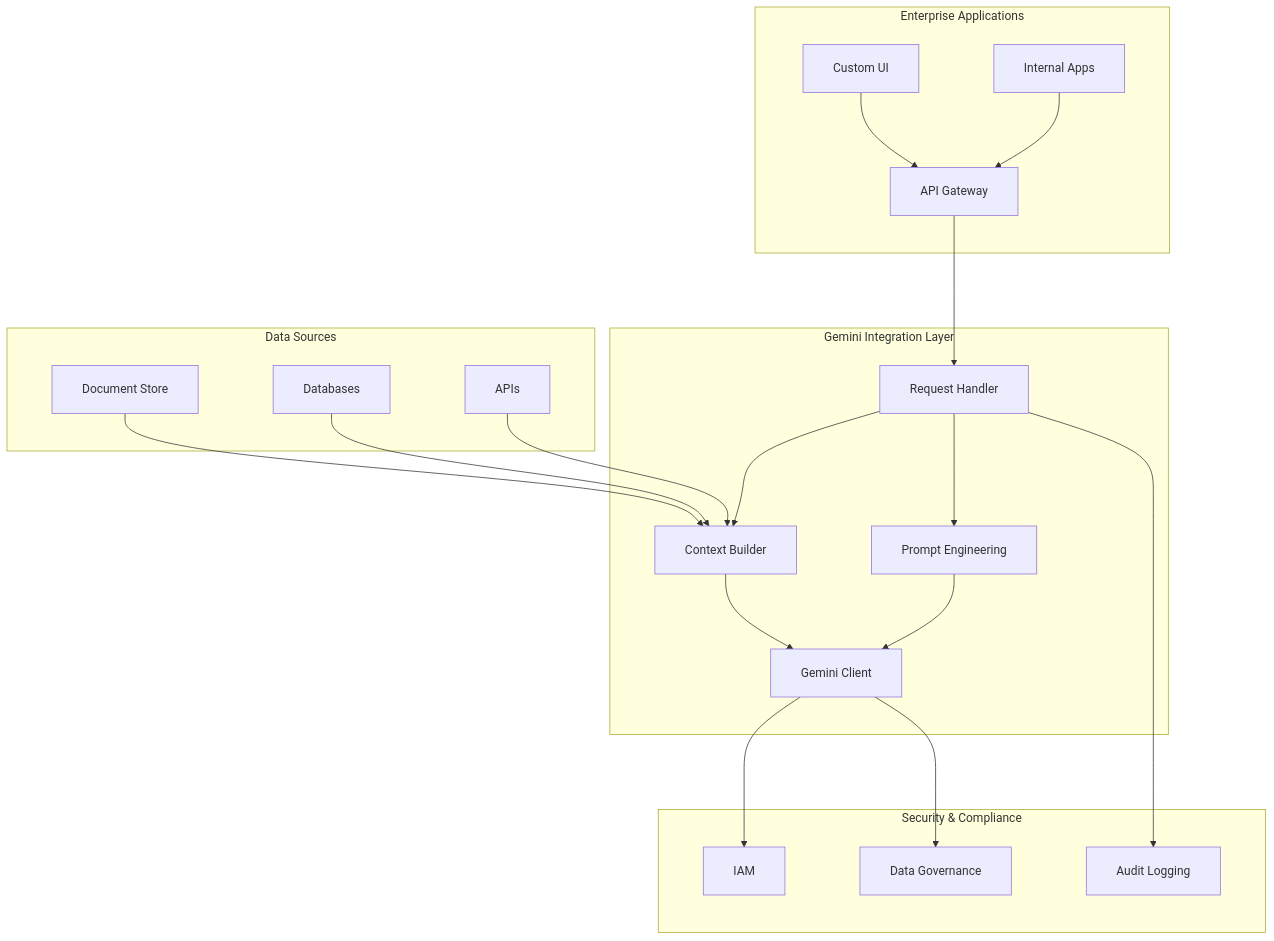
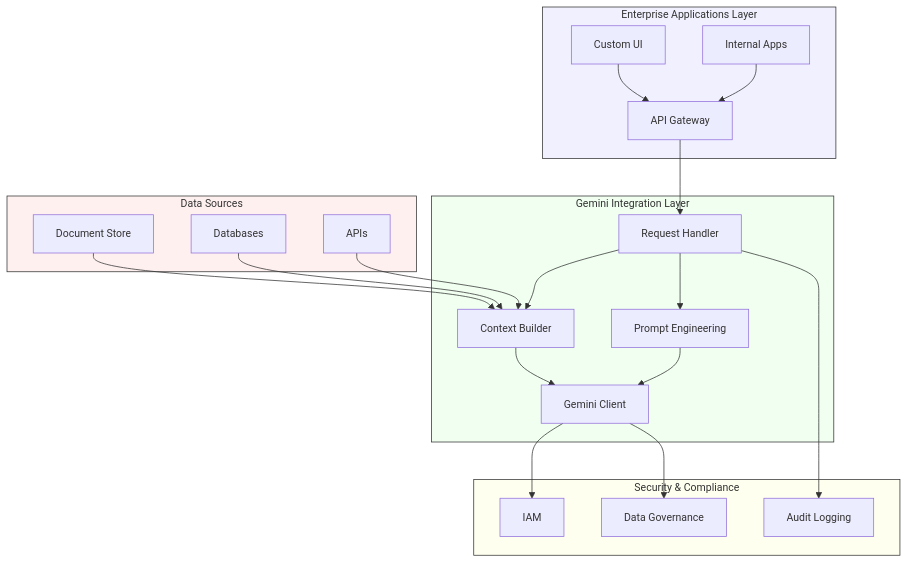
One commit to giridharmb/AI changed the diagram in gemini_arch.mermaid. Above: the diagram before and after it, drawn with Mermaid. The commit also changed 1 other file, not shown here.

```diff
--- a/gemini_arch.mermaid
+++ b/gemini_arch.mermaid
@@ -1,31 +1,45 @@
-%%{init: {'theme': 'default', 'themeVariables': { 'fontSize': '16px', 'fontFamily': 'Arial'}, 'securityLevel': 'loose', 'maxWidth': 2000, 'flowchart': {'htmlLabels': true, 'curve': 'basis', 'nodeSpacing': 100, 'rankSpacing': 100, 'padding': 20}}}%%
+%%{init: {'theme': 'default', 'themeVariables': { 'fontSize': '14px'}, 'flowchart': {'nodeSpacing': 50, 'rankSpacing': 50}}}%%
 
 graph TB
-    subgraph Enterprise Applications
-        A[Internal Apps] --> B[API Gateway]
-        C[Custom UI] --> B
+
+    subgraph Enterprise["Enterprise Applications Layer"]
+        A[Internal Apps]
+        C[Custom UI]
+        B[API Gateway]
+        A --> B
+        C --> B
     end
     
-    subgraph Gemini Integration Layer
-        B --> D[Request Handler]
-        D --> E[Prompt Engineering]
-        D --> F[Context Builder]
-        E --> G[Gemini Client]
+    subgraph Gemini["Gemini Integration Layer"]
+        D[Request Handler]
+        E[Prompt Engineering]
+        F[Context Builder]
+        G[Gemini Client]
+        
+        B --> D
+        D --> E & F
+        E --> G
         F --> G
     end
     
-    subgraph Data Sources
-        H[APIs] --> F
-        I[Databases] --> F
-        J[Document Store] --> F
+    subgraph Data["Data Sources"]
+        H[APIs]
+        I[Databases] 
+        J[Document Store]
+        
+        H & I & J --> F
     end
     
-    subgraph Security & Compliance
+    subgraph Security["Security & Compliance"]
         K[IAM]
         L[Data Governance]
         M[Audit Logging]
     end
     
-    G --> K
-    G --> L
+    G --> K & L
     D --> M
+    
+    style Enterprise fill:#f0f0ff,stroke:#333
+    style Gemini fill:#f0fff0,stroke:#333
+    style Data fill:#fff0f0,stroke:#333
+    style Security fill:#fffff0,stroke:#333
```
